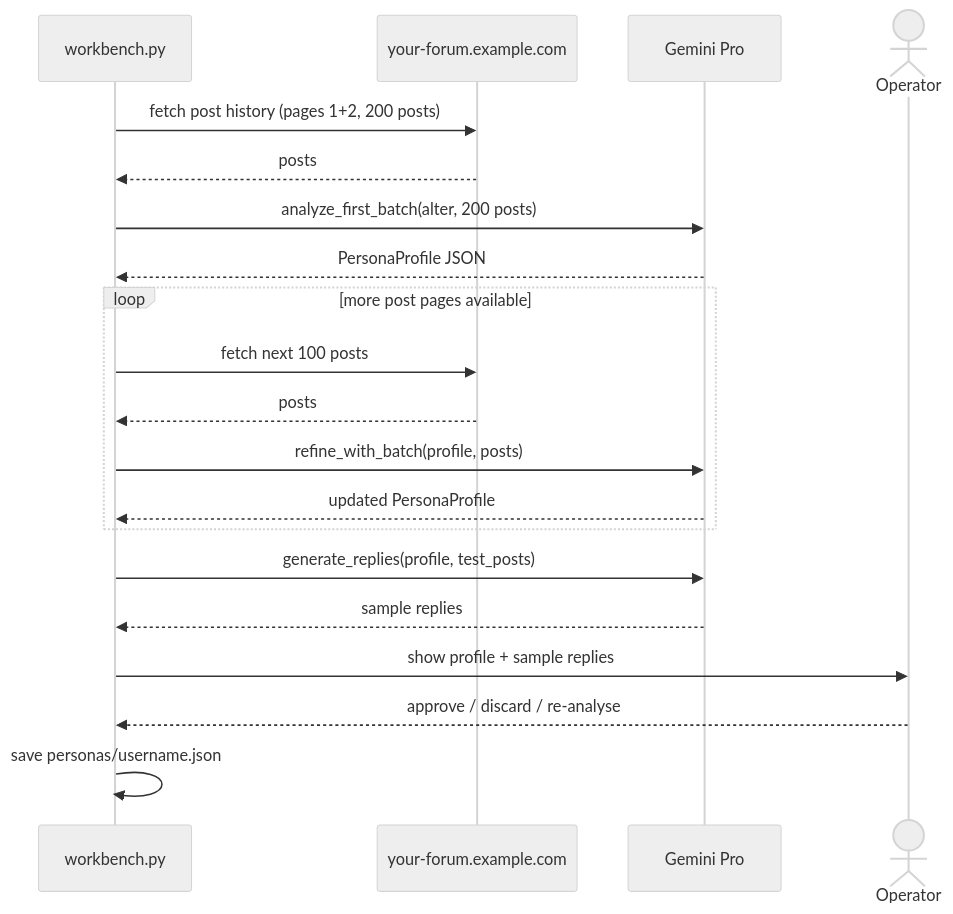
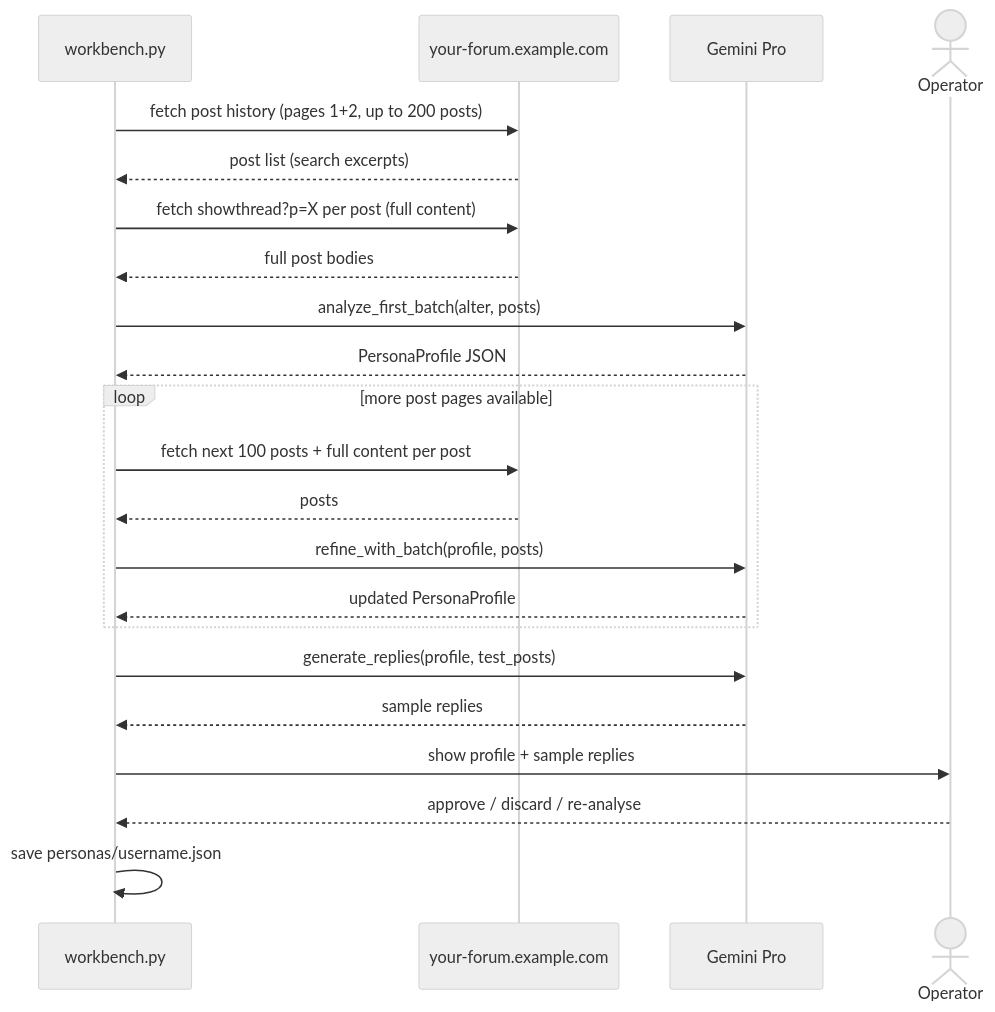
One commit to bavobbr/forum-community-simulator changed the third of 4 diagrams in README.md. Above: the diagram before and after it, drawn with Mermaid (neutral theme). The commit also changed 1 other file, not shown here.

Commit message:
docs: sync CLAUDE.md and README with recent scraper and prompt changes
- Document _select_examples, full-content enrichment, HTTP timeout
- Add Persona generator section (example post caps, frequent_interactions tone)
- Update workbench sequence diagram to show per-post showthread fetches
- Note logging.basicConfig in workbench.py

````diff
--- a/README.md
+++ b/README.md
@@ -145,28 +145,30 @@
 ```mermaid
 sequenceDiagram
     participant WB as workbench.py
     participant Forum as your-forum.example.com
     participant Gemini as Gemini Pro
     actor Operator
 
-    WB->>Forum: fetch post history (pages 1+2, 200 posts)
-    Forum-->>WB: posts
+    WB->>Forum: fetch post history (pages 1+2, up to 200 posts)
+    Forum-->>WB: post list (search excerpts)
+    WB->>Forum: fetch showthread?p=X per post (full content)
+    Forum-->>WB: full post bodies
 
-    WB->>Gemini: analyze_first_batch(alter, 200 posts)
+    WB->>Gemini: analyze_first_batch(alter, posts)
     Gemini-->>WB: PersonaProfile JSON
 
     loop more post pages available
-        WB->>Forum: fetch next 100 posts
+        WB->>Forum: fetch next 100 posts + full content per post
         Forum-->>WB: posts
         WB->>Gemini: refine_with_batch(profile, posts)
         Gemini-->>WB: updated PersonaProfile
     end
 
     WB->>Gemini: generate_replies(profile, test_posts)
     Gemini-->>WB: sample replies
 
     WB->>Operator: show profile + sample replies
     Operator-->>WB: approve / discard / re-analyse
 
     WB->>WB: save personas/username.json
 ```
````
